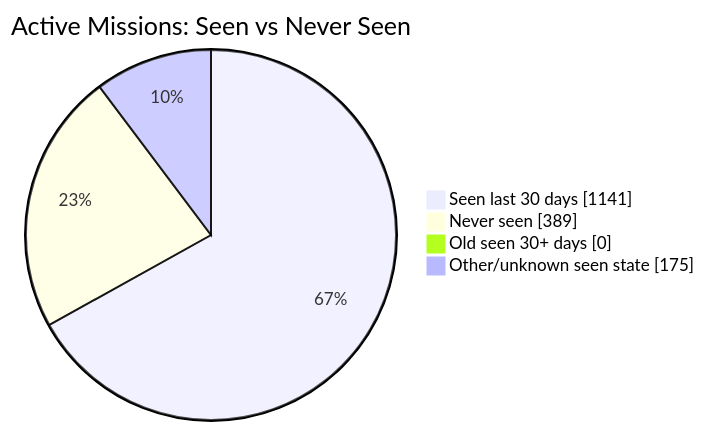
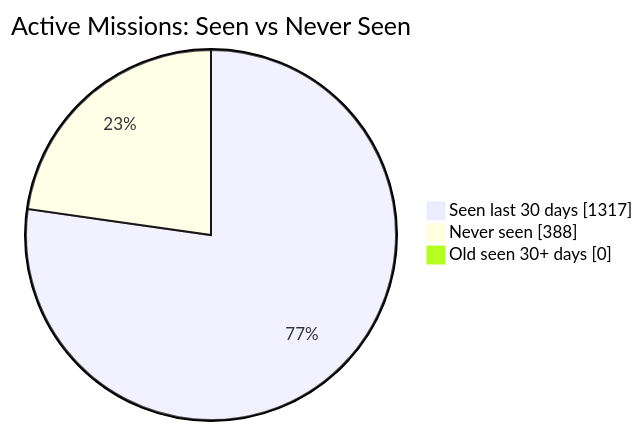
The first of 2 diagrams in README.md (MeldkamerspelGameTeam/active-missions), drawn with Mermaid before and after one commit. The commit also changed other lines of this file and 2 other files, not shown here.

````diff
--- a/README.md
+++ b/README.md
@@ -34,8 +34,7 @@
 ```mermaid
 pie showData
     title Active Missions: Seen vs Never Seen
-    "Seen last 30 days" : 1141
-    "Never seen" : 389
+    "Seen last 30 days" : 1317
+    "Never seen" : 388
     "Old seen 30+ days" : 0
-    "Other/unknown seen state" : 175
 ```
````
